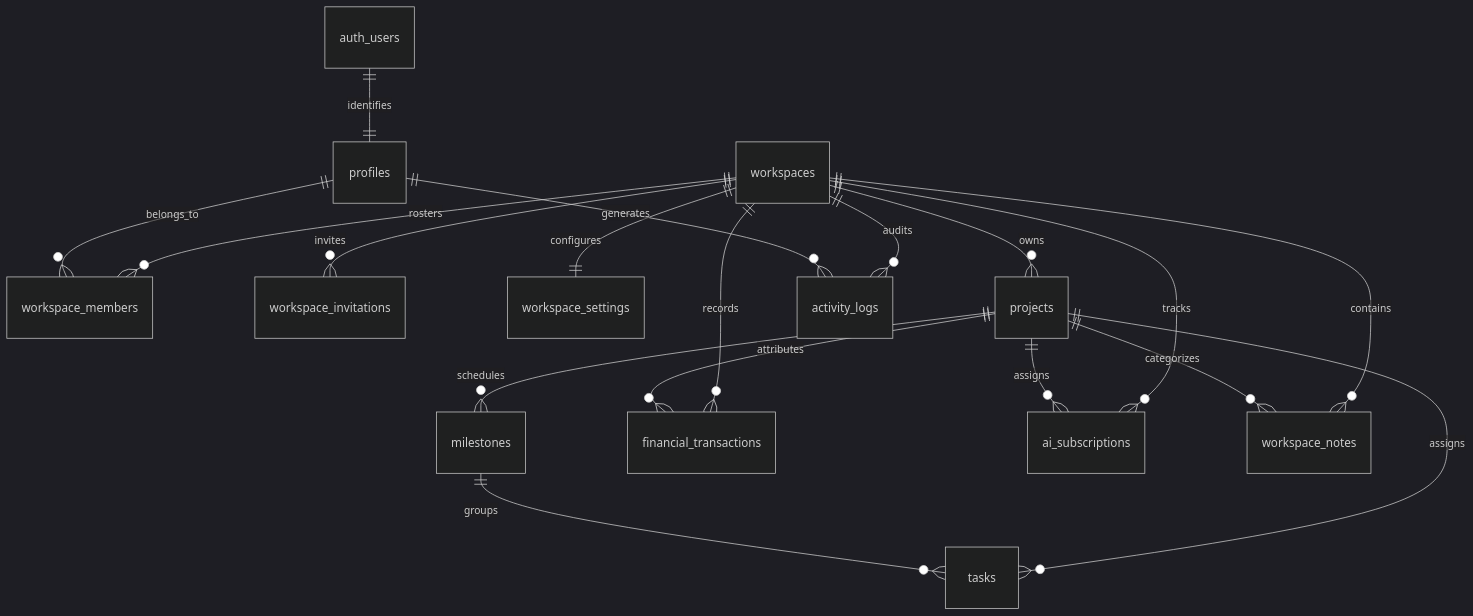
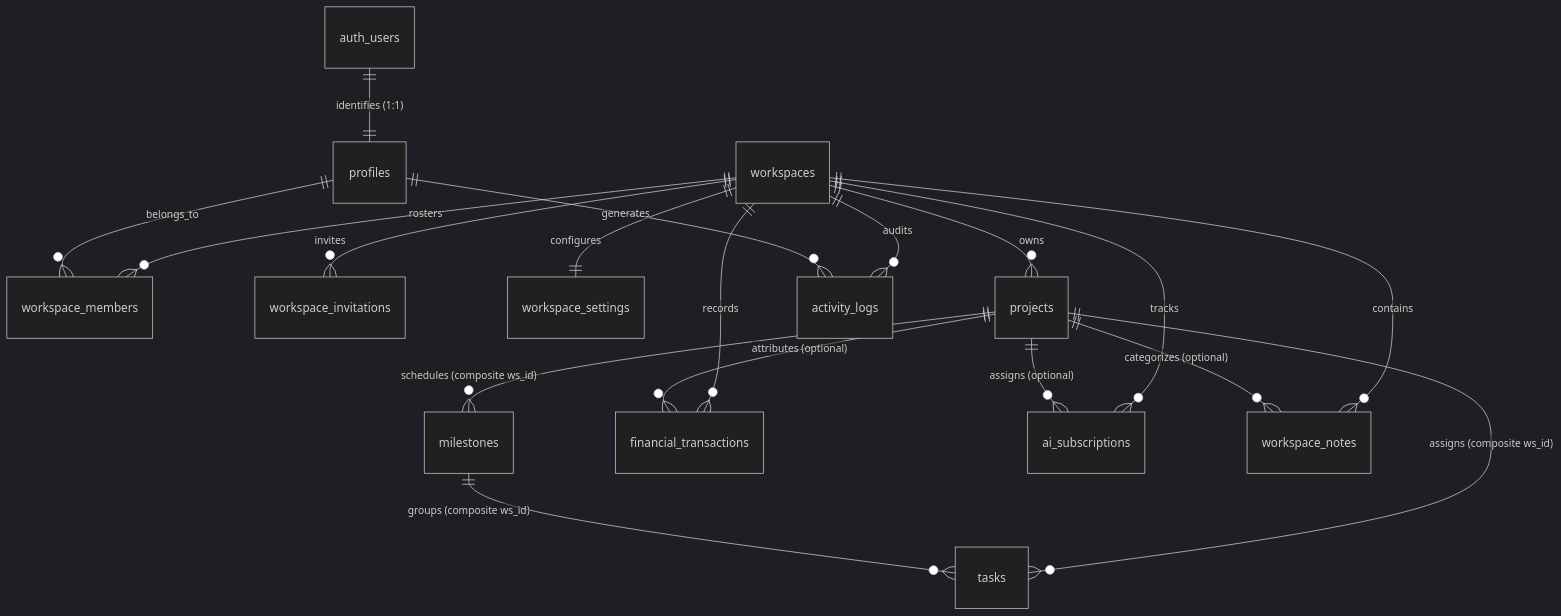
Before and after one commit to khairultajudin/khaispace: the diagram in apps/hub/docs/architecture/DATABASE-SCHEMA.md, drawn with Mermaid (dark theme). The commit also changed other lines of this file and 12 other files, not shown here.

Commit message:
fix(docs): harden phase 3 database security architecture

````diff
--- a/apps/hub/docs/architecture/DATABASE-SCHEMA.md
+++ b/apps/hub/docs/architecture/DATABASE-SCHEMA.md
@@ -27,25 +27,25 @@
 ```mermaid
 erDiagram
-    auth_users ||--|| profiles : "identifies"
+    auth_users ||--|| profiles : "identifies (1:1)"
     workspaces ||--o{ workspace_members : "rosters"
     profiles ||--o{ workspace_members : "belongs_to"
     workspaces ||--o{ workspace_invitations : "invites"
     workspaces ||--|| workspace_settings : "configures"
     
     workspaces ||--o{ projects : "owns"
-    projects ||--o{ milestones : "schedules"
-    projects ||--o{ tasks : "assigns"
-    milestones ||--o{ tasks : "groups"
+    projects ||--o{ milestones : "schedules (composite ws_id)"
+    projects ||--o{ tasks : "assigns (composite ws_id)"
+    milestones ||--o{ tasks : "groups (composite ws_id)"
     
     workspaces ||--o{ financial_transactions : "records"
-    projects ||--o{ financial_transactions : "attributes"
+    projects ||--o{ financial_transactions : "attributes (optional)"
     
     workspaces ||--o{ ai_subscriptions : "tracks"
-    projects ||--o{ ai_subscriptions : "assigns"
+    projects ||--o{ ai_subscriptions : "assigns (optional)"
     
     workspaces ||--o{ workspace_notes : "contains"
-    projects ||--o{ workspace_notes : "categorizes"
+    projects ||--o{ workspace_notes : "categorizes (optional)"
     
     workspaces ||--o{ activity_logs : "audits"
     profiles ||--o{ activity_logs : "generates"
 ```
````
